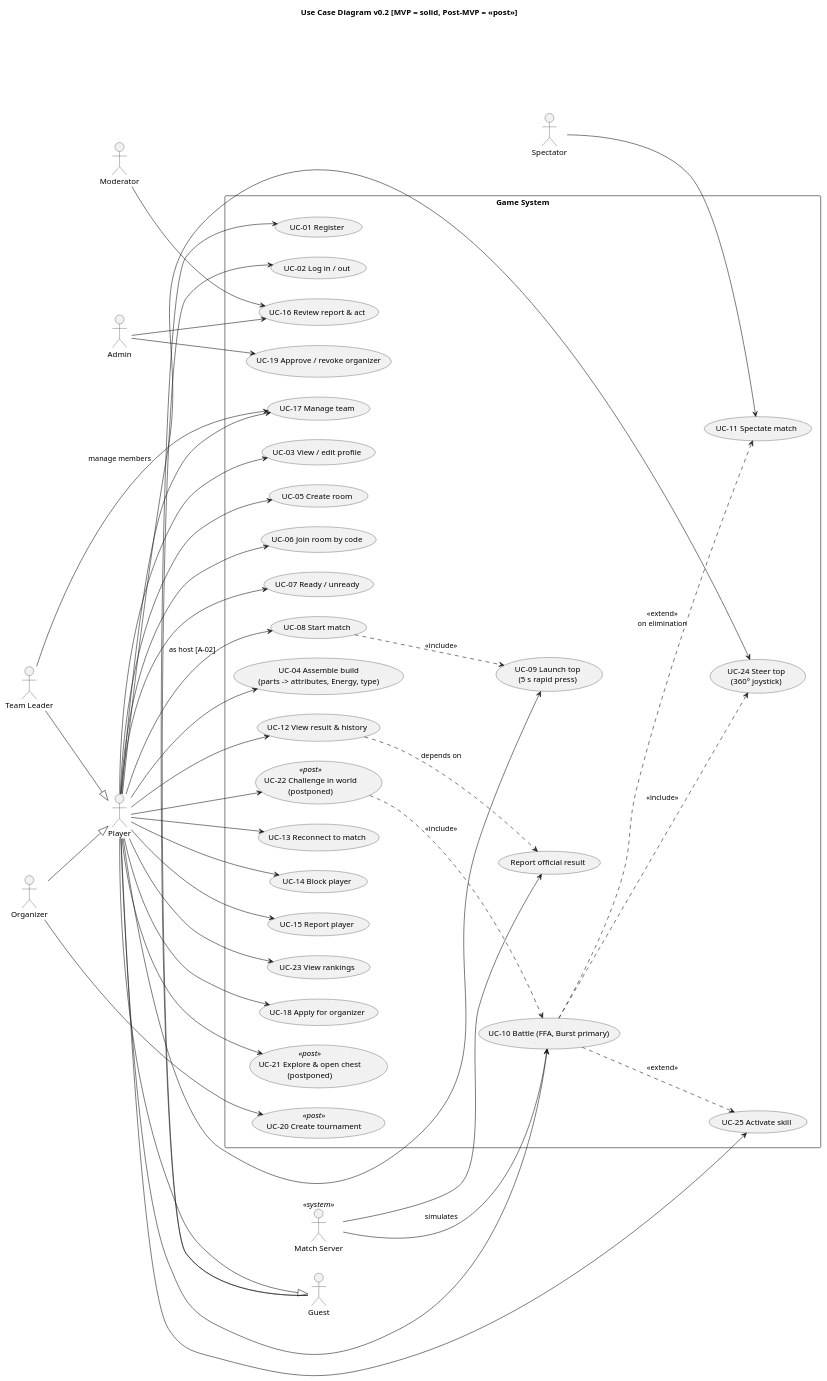
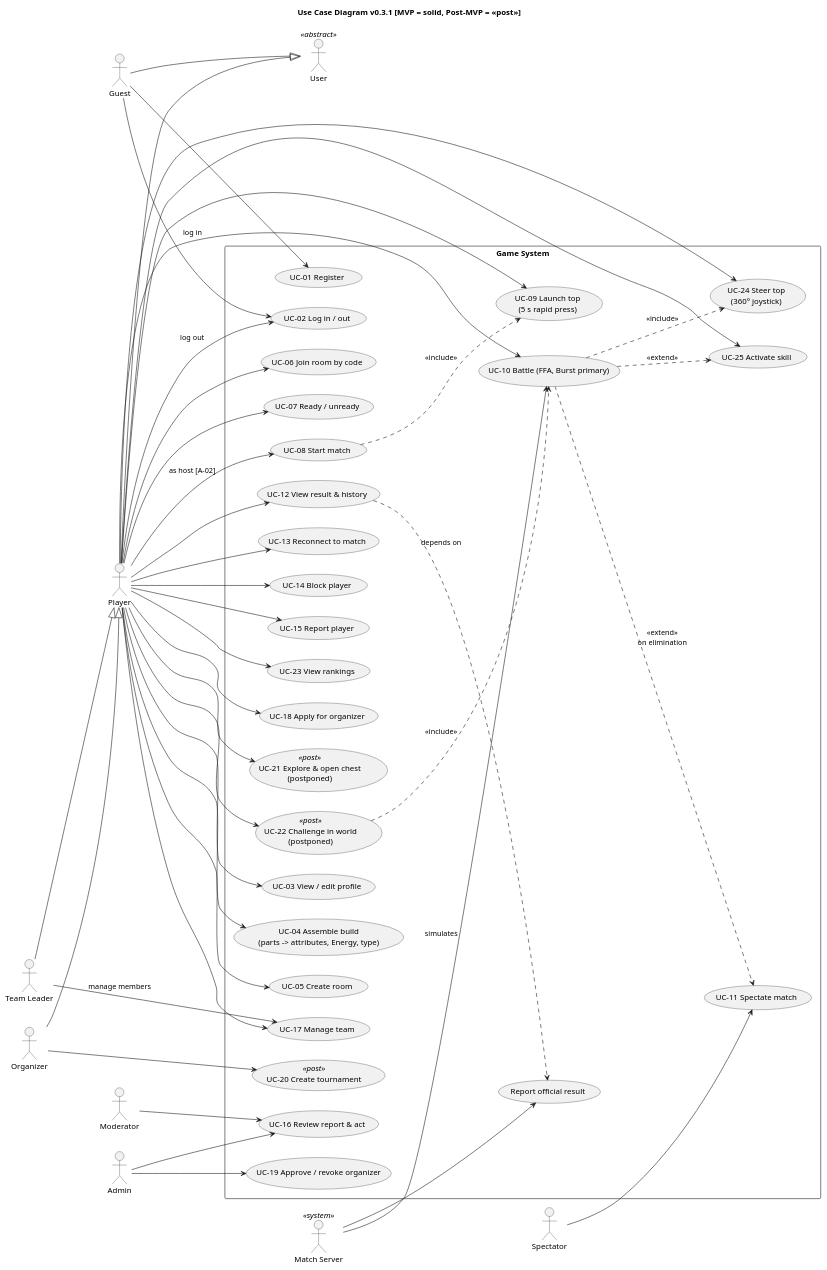
The diagram in docs/02-uml/use-case.puml (houcine212-hub/Bayblade_Sesytem), drawn with PlantUML before and after one commit. The commit also changed 55 other files, not shown here.

```diff
--- a/docs/02-uml/use-case.puml
+++ b/docs/02-uml/use-case.puml
@@ -1,79 +1,83 @@
 @startuml use-case
-title Use Case Diagram v0.2 [MVP = solid, Post-MVP = <<post>>]
+' v0.3.1: Guest and Player both specialise an abstract User (audit §7); Player no longer inherits Guest
+title Use Case Diagram v0.3.1 [MVP = solid, Post-MVP = <<post>>]
 left to right direction
+actor User <<abstract>>
 actor Guest
 actor Player
 actor "Team Leader" as Leader
 actor Spectator
 actor Moderator
 actor Admin
 actor "Organizer" as Org
 actor "Match Server" as MS <<system>>
-Player --|> Guest
+Guest --|> User
+Player --|> User
 Leader --|> Player
 Org --|> Player
 
 rectangle "Game System" {
   usecase "UC-01 Register" as UC01
   usecase "UC-02 Log in / out" as UC02
   usecase "UC-03 View / edit profile" as UC03
   usecase "UC-04 Assemble build\n(parts -> attributes, Energy, type)" as UC04
   usecase "UC-05 Create room" as UC05
   usecase "UC-06 Join room by code" as UC06
   usecase "UC-07 Ready / unready" as UC07
   usecase "UC-08 Start match" as UC08
   usecase "UC-09 Launch top\n(5 s rapid press)" as UC09
   usecase "UC-24 Steer top\n(360° joystick)" as UC24
   usecase "UC-25 Activate skill" as UC25
   usecase "UC-10 Battle (FFA, Burst primary)" as UC10
   usecase "UC-11 Spectate match" as UC11
   usecase "UC-12 View result & history" as UC12
   usecase "UC-13 Reconnect to match" as UC13
   usecase "UC-14 Block player" as UC14
   usecase "UC-15 Report player" as UC15
   usecase "UC-16 Review report & act" as UC16
   usecase "UC-17 Manage team" as UC17
   usecase "UC-23 View rankings" as UC23
   usecase "UC-18 Apply for organizer" as UC18
   usecase "UC-19 Approve / revoke organizer" as UC19
   usecase "UC-20 Create tournament" as UC20 <<post>>
   usecase "UC-21 Explore & open chest\n(postponed)" as UC21 <<post>>
   usecase "UC-22 Challenge in world\n(postponed)" as UC22 <<post>>
   usecase "Report official result" as UCR
 }
 Guest --> UC01
-Guest --> UC02
+Guest --> UC02 : log in
+Player --> UC02 : log out
 Player --> UC03
 Player --> UC04
 Player --> UC05
 Player --> UC06
 Player --> UC07
 Player --> UC09
 Player --> UC10
 Player --> UC24
 Player --> UC25
 Player --> UC12
 Player --> UC13
 Player --> UC14
 Player --> UC15
 Player --> UC17
 Player --> UC23
 Player --> UC18
 Player --> UC21
 Player --> UC22
 Leader --> UC17 : manage members
 Spectator --> UC11
 Player --> UC08 : as host [A-02]
 Moderator --> UC16
 Admin --> UC19
 Admin --> UC16
 Org --> UC20
 MS --> UCR
 UC10 ..> UC11 : <<extend>>\non elimination
 UC08 ..> UC09 : <<include>>
 UC22 ..> UC10 : <<include>>
 UC10 ..> UC24 : <<include>>
 UC10 ..> UC25 : <<extend>>
 MS --> UC10 : simulates
 UC12 ..> UCR : depends on
 @enduml
```
